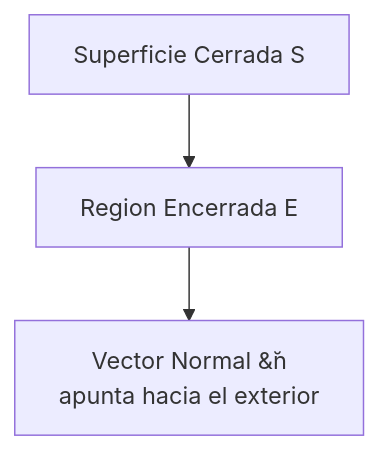
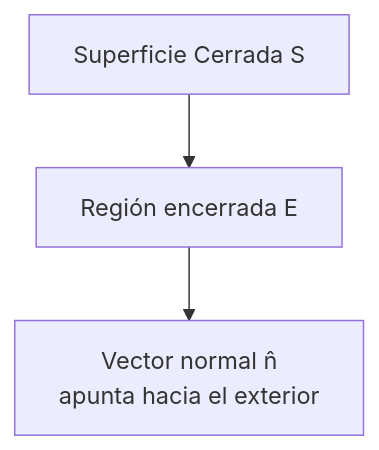
One commit to djaimej/computer-science-template changed the first of 4 diagrams in public/documents/semester-3/2/3244.md. Above: the diagram before and after it, drawn with Mermaid. The commit also changed other lines of this file and 21 other files, not shown here.

````diff
--- a/public/documents/semester-3/2/3244.md
+++ b/public/documents/semester-3/2/3244.md
@@ -29,5 +29,5 @@
 ```mermaid
 flowchart TD
-    A[Superficie Cerrada S] --> B[Region Encerrada E]
-    B --> C[Vector Normal &#774;n<br>apunta hacia el exterior]
+    A[Superficie Cerrada S] --> B[Región encerrada E]
+    B --> C[Vector normal n̂<br>apunta hacia el exterior]
 ```
````
